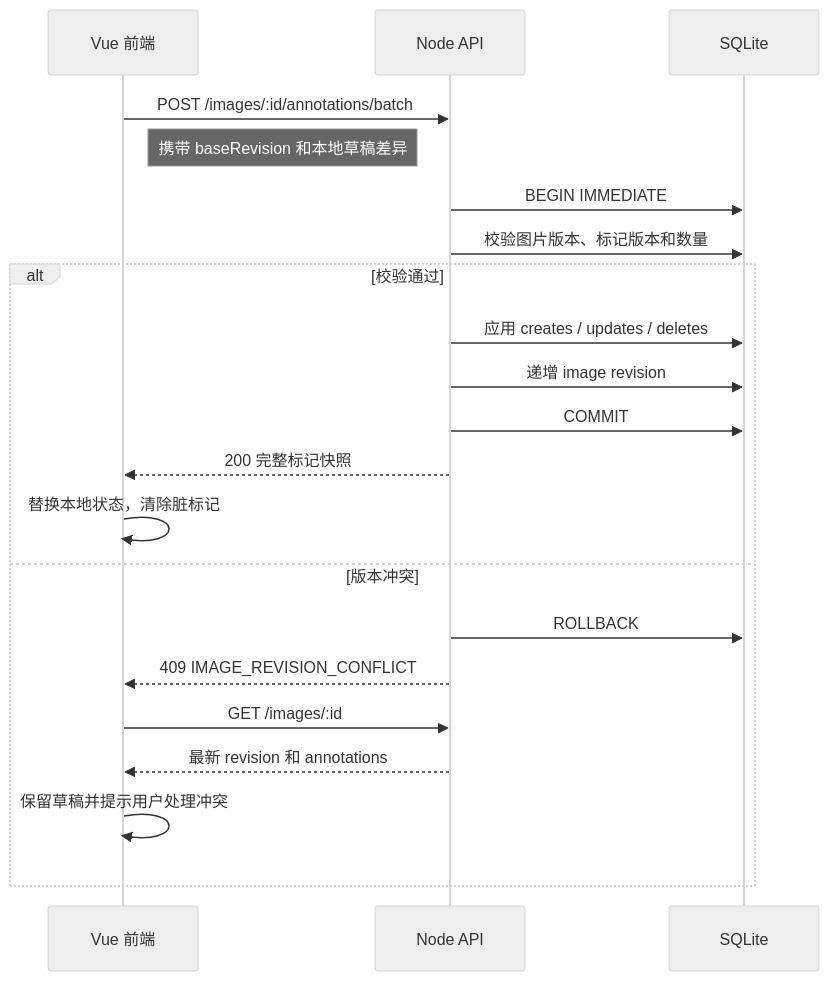
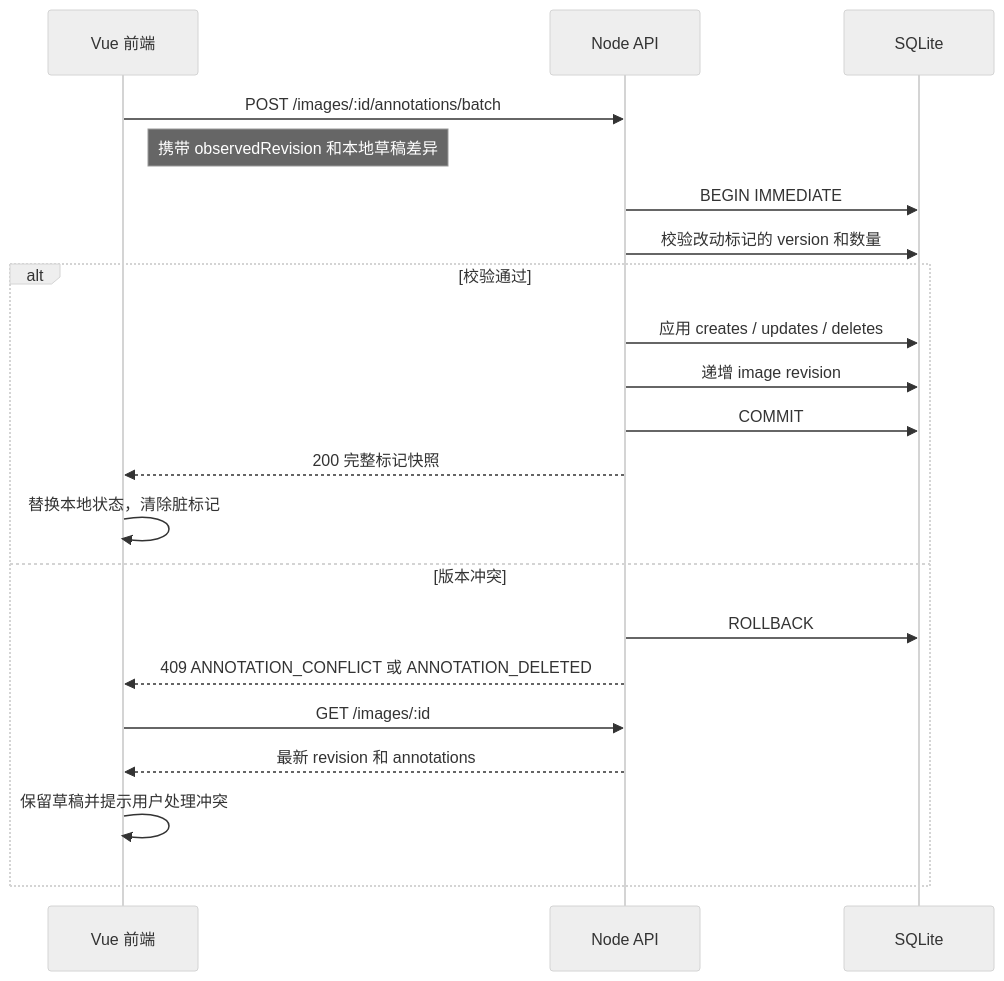
One commit to weiyf1/shentu-dadian changed the diagram in docs/API.md. Above: the diagram before and after it, drawn with Mermaid (neutral theme). The commit also changed other lines of this file and 31 other files, not shown here.

````diff
--- a/docs/API.md
+++ b/docs/API.md
@@ -642,24 +685,24 @@
 ```mermaid
 sequenceDiagram
   participant Vue as Vue 前端
   participant API as Node API
   participant DB as SQLite
 
   Vue->>API: POST /images/:id/annotations/batch
-  Note right of Vue: 携带 baseRevision 和本地草稿差异
+  Note right of Vue: 携带 observedRevision 和本地草稿差异
   API->>DB: BEGIN IMMEDIATE
-  API->>DB: 校验图片版本、标记版本和数量
+  API->>DB: 校验改动标记的 version 和数量
   alt 校验通过
     API->>DB: 应用 creates / updates / deletes
     API->>DB: 递增 image revision
     API->>DB: COMMIT
     API-->>Vue: 200 完整标记快照
     Vue->>Vue: 替换本地状态，清除脏标记
   else 版本冲突
     API->>DB: ROLLBACK
-    API-->>Vue: 409 IMAGE_REVISION_CONFLICT
+    API-->>Vue: 409 ANNOTATION_CONFLICT 或 ANNOTATION_DELETED
     Vue->>API: GET /images/:id
     API-->>Vue: 最新 revision 和 annotations
     Vue->>Vue: 保留草稿并提示用户处理冲突
   end
 ```
````
